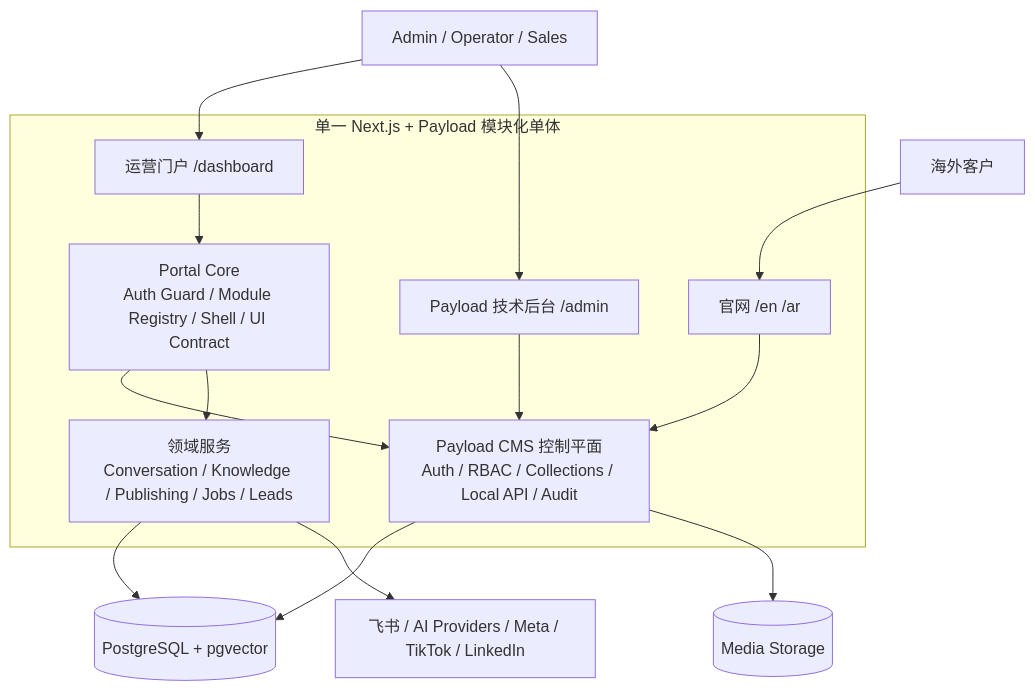
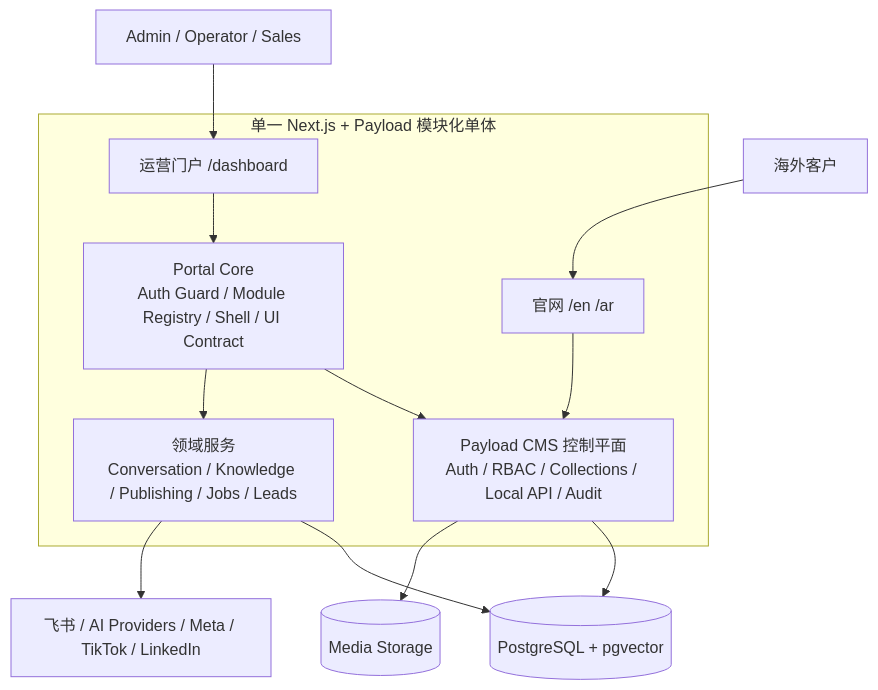
The second of 3 diagrams in docs/architecture/adr/0004-modular-admin-portal.md (jueyunai/ivybm), drawn with Mermaid before and after one commit. The commit also changed other lines of this file and 17 other files, not shown here.

````diff
--- a/docs/architecture/adr/0004-modular-admin-portal.md
+++ b/docs/architecture/adr/0004-modular-admin-portal.md
@@ -128,31 +128,28 @@
 ```mermaid
 flowchart TB
     USERS["Admin / Operator / Sales"]
     WEB["海外客户"]
 
     subgraph APP["单一 Next.js + Payload 模块化单体"]
         SITE["官网 /en /ar"]
         PORTAL["运营门户 /dashboard"]
-        ADMIN["Payload 技术后台 /admin"]
         CORE["Portal Core<br/>Auth Guard / Module Registry / Shell / UI Contract"]
         PAYLOAD["Payload CMS 控制平面<br/>Auth / RBAC / Collections / Local API / Audit"]
         DOMAIN["领域服务<br/>Conversation / Knowledge / Publishing / Jobs / Leads"]
     end
 
     DB[("PostgreSQL + pgvector")]
     MEDIA[("Media Storage")]
     EXTERNAL["飞书 / AI Providers / Meta / TikTok / LinkedIn"]
 
     USERS --> PORTAL
-    USERS --> ADMIN
     WEB --> SITE
     PORTAL --> CORE
     CORE --> PAYLOAD
     CORE --> DOMAIN
-    ADMIN --> PAYLOAD
     SITE --> PAYLOAD
     PAYLOAD --> DB
     PAYLOAD --> MEDIA
     DOMAIN --> DB
     DOMAIN --> EXTERNAL
 ```
````
